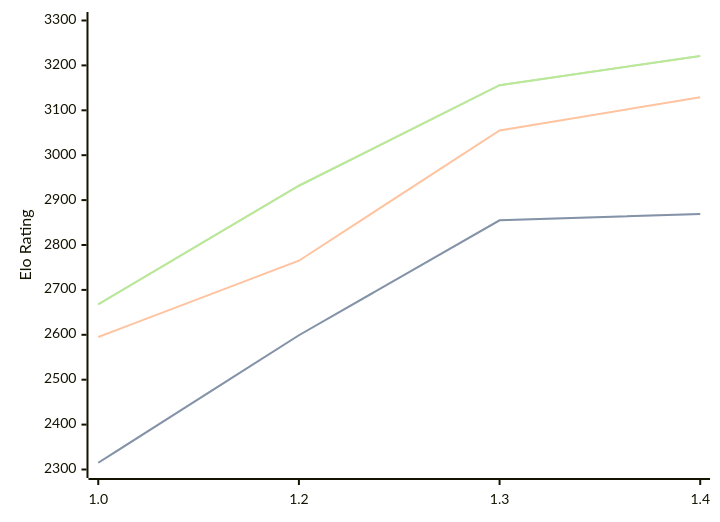
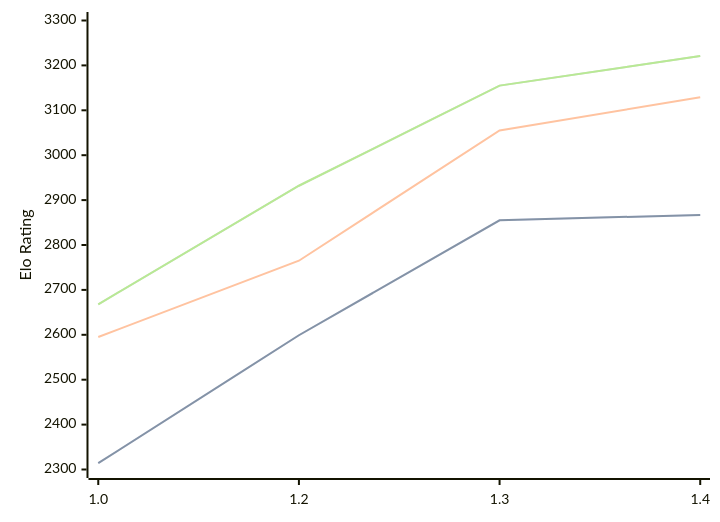
Before and after one commit to computer-chess-index/cci: the diagram in engines/Chessnix.md, drawn with Mermaid. The commit also changed other lines of this file, not shown here.

Commit message:
Update CCI Ratings (ELO VLTC) - 2026-07-27

````diff
--- a/engines/Chessnix.md
+++ b/engines/Chessnix.md
@@ -36,11 +36,11 @@
 ```mermaid
 %%{init: {"theme":"base","themeVariables":{"seriesColors:['#a3a3a3','#222221','#faa371']}}}%%
 xychart-beta
   x-axis ["1.0", "1.2", "1.3", "1.4"]
   y-axis "Elo Rating" 2300 --> 3300
-  line "STC (8.0+0.08s)" [2315, 2599, 2855, 2869]
-  line "STC (8.0+0.08s)" [2315, 2599, 2855, 2869]
+  line "STC (8.0+0.08s)" [2314, 2599, 2855, 2867]
+  line "STC (8.0+0.08s)" [2314, 2599, 2855, 2867]
   line "LTC (60.0+0.60s)" [2595, 2765, 3055, 3129]
-  line "VLTC (2m24s+1.12s)" [2668, 2932, 3156, 3221]
-  line "VLTC (2m24s+1.12s)" [2668, 2932, 3156, 3221]
+  line "VLTC (2m24s+1.12s)" [2668, 2932, 3155, 3221]
+  line "VLTC (2m24s+1.12s)" [2668, 2932, 3155, 3221]
 ```
````
